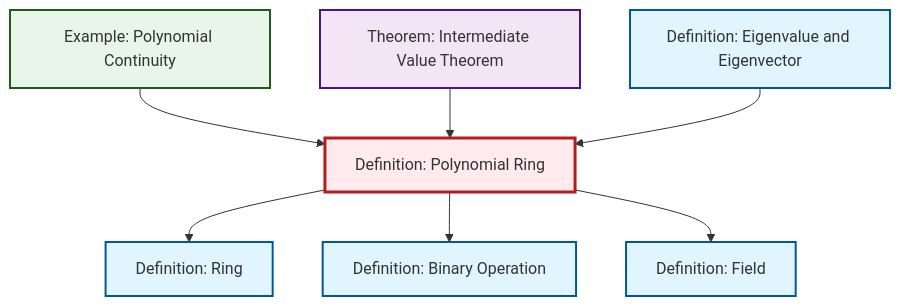
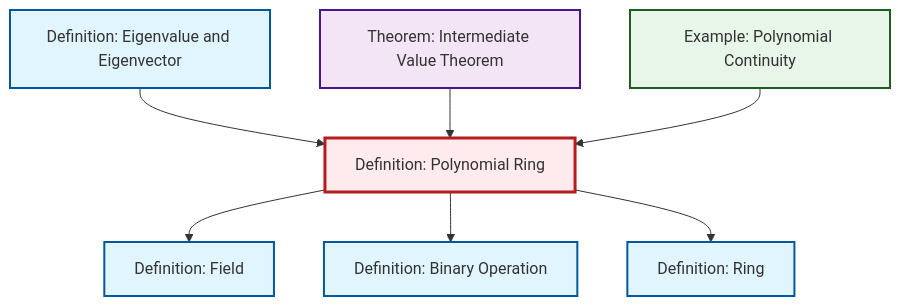
One commit to RK0429/ModernMath changed the diagram in content/ja/algebra/def-polynomial-ring.qmd. Above: the diagram before and after it, drawn with Mermaid. The commit also changed other lines of this file and 531 other files, not shown here.

````diff
--- a/content/ja/algebra/def-polynomial-ring.qmd
+++ b/content/ja/algebra/def-polynomial-ring.qmd
@@ -94,29 +94,29 @@
 ```{mermaid}
 %%| fig-cap: "Local dependency graph"
 graph TD
     classDef definition fill:#e1f5fe,stroke:#01579b,stroke-width:2px
     classDef theorem fill:#f3e5f5,stroke:#4a148c,stroke-width:2px
     classDef axiom fill:#fff3e0,stroke:#e65100,stroke-width:2px
     classDef example fill:#e8f5e9,stroke:#1b5e20,stroke-width:2px
     classDef current fill:#ffebee,stroke:#b71c1c,stroke-width:3px
     def-field["Definition: Field"]:::definition
+    ex-polynomial-continuity["Example: Polynomial Continuity"]:::example
     def-eigenvalue-eigenvector["Definition: Eigenvalue and Eigenvector"]:::definition
-    thm-intermediate-value["Theorem: Intermediate Value Theorem"]:::theorem
     def-binary-operation["Definition: Binary Operation"]:::definition
     def-ring["Definition: Ring"]:::definition
-    ex-polynomial-continuity["Example: Polynomial Continuity"]:::example
+    thm-intermediate-value["Theorem: Intermediate Value Theorem"]:::theorem
     def-polynomial-ring["Definition: Polynomial Ring"]:::definition
+    def-eigenvalue-eigenvector --> def-polynomial-ring
+    thm-intermediate-value --> def-polynomial-ring
+    def-polynomial-ring --> def-field
+    def-polynomial-ring --> def-binary-operation
+    def-polynomial-ring --> def-ring
     ex-polynomial-continuity --> def-polynomial-ring
-    def-polynomial-ring --> def-ring
-    def-polynomial-ring --> def-binary-operation
-    def-polynomial-ring --> def-field
-    thm-intermediate-value --> def-polynomial-ring
-    def-eigenvalue-eigenvector --> def-polynomial-ring
     class def-polynomial-ring current
     click def-field "def-field.html" "Definition: Fieldへ"
+    click ex-polynomial-continuity "ex-polynomial-continuity.html" "Example: Polynomial Continuityへ"
     click def-eigenvalue-eigenvector "def-eigenvalue-eigenvector.html" "Definition: Eigenvalue and Eigenvectorへ"
-    click thm-intermediate-value "thm-intermediate-value.html" "Theorem: Intermediate Value Theoremへ"
     click def-binary-operation "def-binary-operation.html" "Definition: Binary Operationへ"
     click def-ring "def-ring.html" "Definition: Ringへ"
-    click ex-polynomial-continuity "ex-polynomial-continuity.html" "Example: Polynomial Continuityへ"
+    click thm-intermediate-value "thm-intermediate-value.html" "Theorem: Intermediate Value Theoremへ"
 ```
````
